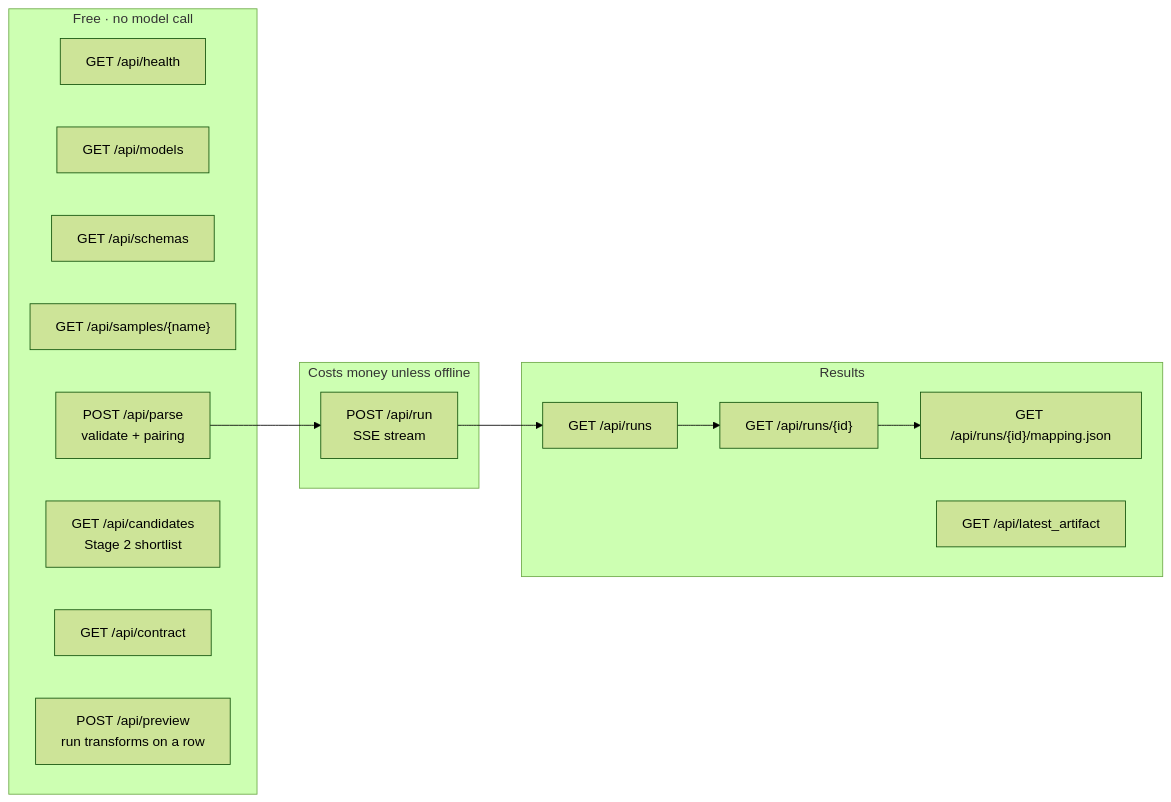
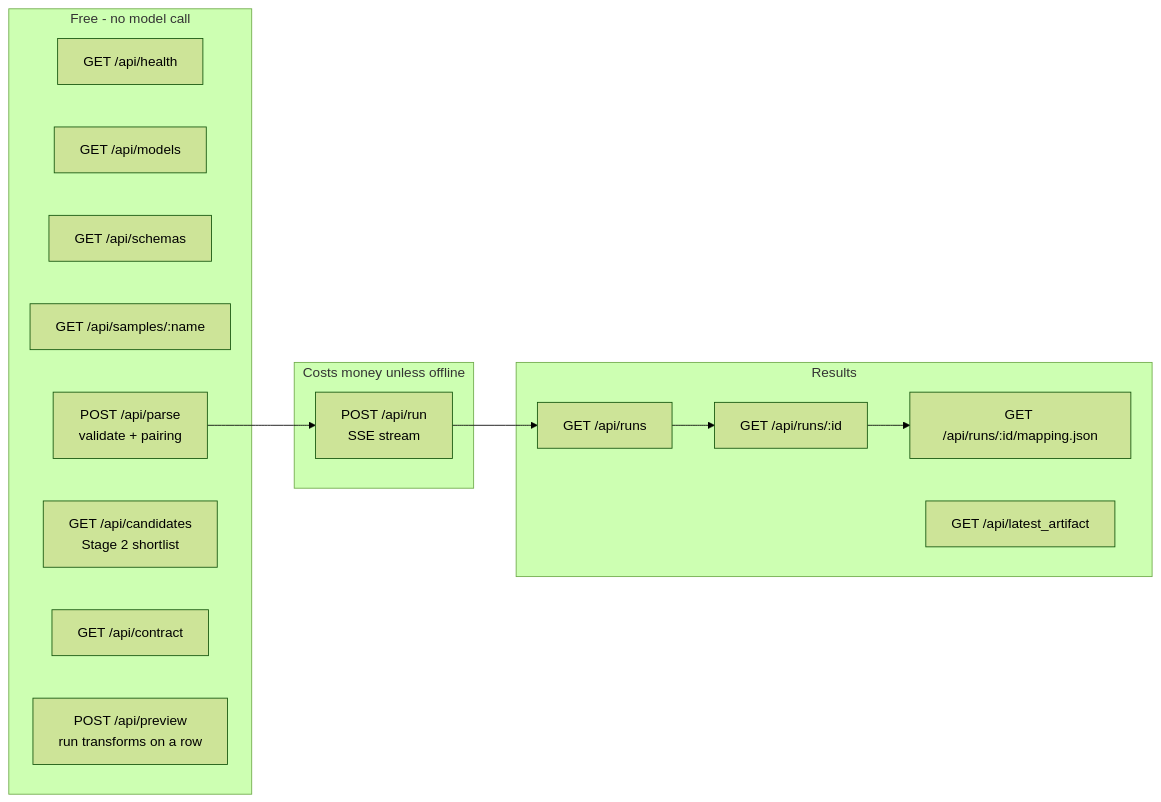
Before and after one commit to Raviteja-Ainampudi/schema_field_mapper: the first of 2 diagrams in docs/API.md, drawn with Mermaid (forest theme). The commit also changed other lines of this file and 9 other files, not shown here.

First line of the commit message:
Refactor and enhance documentation for schema mapping tool

````diff
--- a/docs/API.md
+++ b/docs/API.md
@@ -9,28 +9,28 @@
 ```mermaid
 flowchart LR
-    subgraph free["Free · no model call"]
+    subgraph free["Free - no model call"]
         health["GET /api/health"]
         models["GET /api/models"]
         schemas["GET /api/schemas"]
-        sample["GET /api/samples/{name}"]
+        sample["GET /api/samples/:name"]
         parse["POST /api/parse<br/>validate + pairing"]
         cands["GET /api/candidates<br/>Stage 2 shortlist"]
         contract["GET /api/contract"]
         preview["POST /api/preview<br/>run transforms on a row"]
     end
 
     subgraph paid["Costs money unless offline"]
         run["POST /api/run<br/>SSE stream"]
     end
 
     subgraph history["Results"]
         runs["GET /api/runs"]
-        one["GET /api/runs/{id}"]
-        download["GET /api/runs/{id}/mapping.json"]
+        one["GET /api/runs/:id"]
+        download["GET /api/runs/:id/mapping.json"]
         latest["GET /api/latest_artifact"]
     end
 
     parse --> run
     run --> runs
     runs --> one --> download
 ```
````
